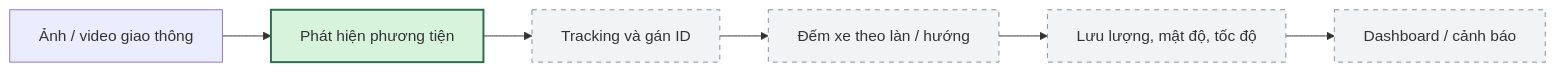
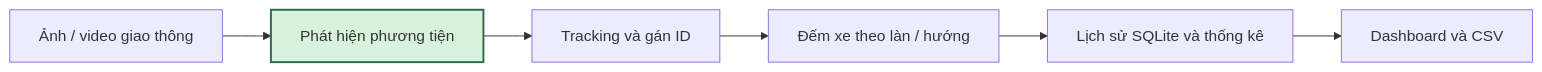
The diagram in README.md (taidotrong/traffic-flow-analysis), drawn with Mermaid before and after one commit. The commit also changed other lines of this file and 47 other files, not shown here.

````diff
--- a/README.md
+++ b/README.md
@@ -12,13 +12,9 @@
 ```mermaid
 flowchart LR
     A[Ảnh / video giao thông] --> B[Phát hiện phương tiện]
     B --> C[Tracking và gán ID]
     C --> D[Đếm xe theo làn / hướng]
-    D --> E[Lưu lượng, mật độ, tốc độ]
-    E --> F[Dashboard / cảnh báo]
+    D --> E[Lịch sử SQLite và thống kê]
+    E --> F[Dashboard và CSV]
     style B fill:#d8f3dc,stroke:#2d6a4f,stroke-width:2px
-    style C fill:#f1f3f5,stroke:#868e96,stroke-dasharray:5 5
-    style D fill:#f1f3f5,stroke:#868e96,stroke-dasharray:5 5
-    style E fill:#f1f3f5,stroke:#868e96,stroke-dasharray:5 5
-    style F fill:#f1f3f5,stroke:#868e96,stroke-dasharray:5 5
 ```
````
